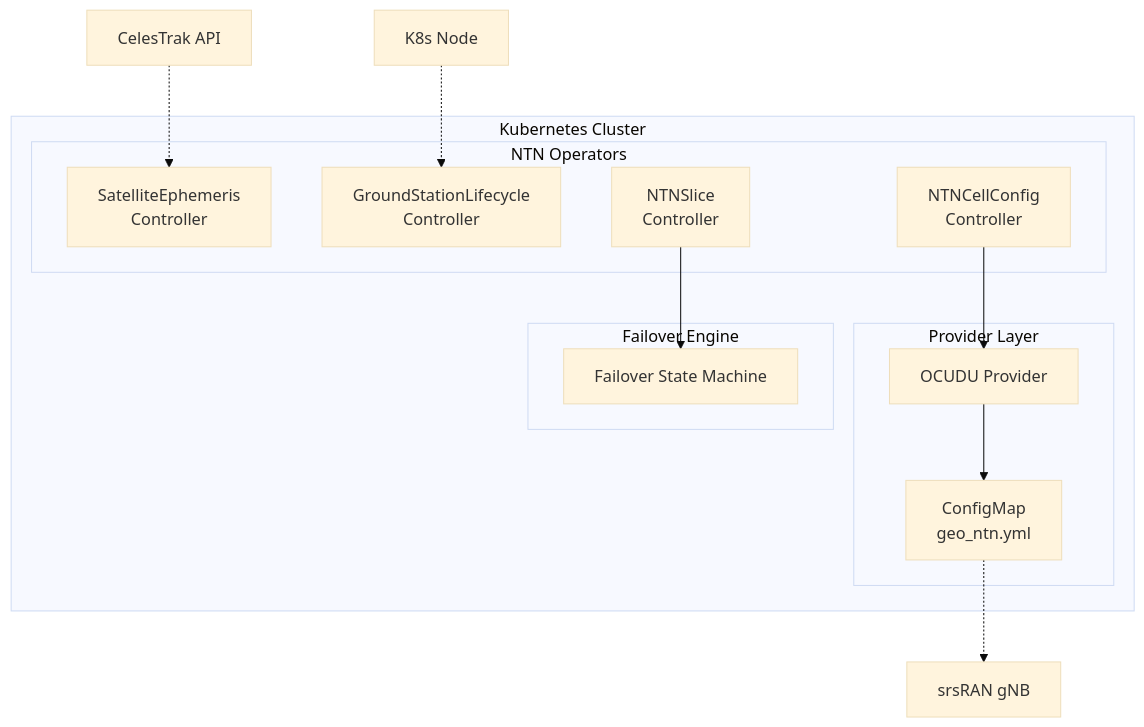
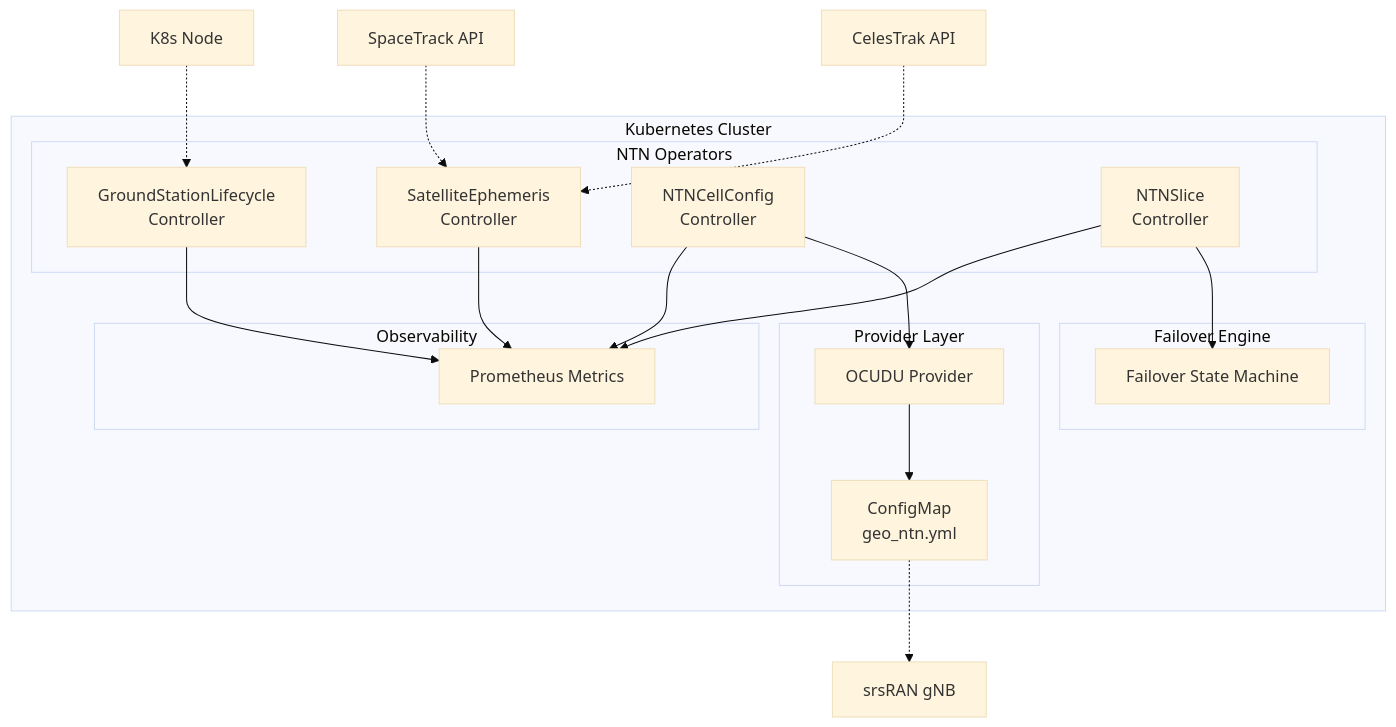
Before and after one commit to thc1006/ntn-operators: the diagram in README.md, drawn with Mermaid (base theme). The commit also changed other lines of this file and 4 other files, not shown here.

````diff
--- a/README.md
+++ b/README.md
@@ -19,28 +19,34 @@
 ```mermaid
 graph TB
     subgraph "Kubernetes Cluster"
         subgraph "NTN Operators"
             SE[SatelliteEphemeris<br/>Controller]
             GS[GroundStationLifecycle<br/>Controller]
             NC[NTNCellConfig<br/>Controller]
             NS[NTNSlice<br/>Controller]
         end
 
         subgraph "Provider Layer"
             OP[OCUDU Provider]
             CM[ConfigMap<br/>geo_ntn.yml]
         end
 
         subgraph "Failover Engine"
             FE[Failover State Machine]
         end
 
+        subgraph "Observability"
+            PM[Prometheus Metrics]
+        end
+
         NC --> OP
         OP --> CM
         NS --> FE
+        SE & GS & NC & NS --> PM
     end
 
     CL[CelesTrak API] -.-> SE
+    ST[SpaceTrack API] -.-> SE
     ND[K8s Node] -.-> GS
     CM -.-> GNB[srsRAN gNB]
 ```
````
